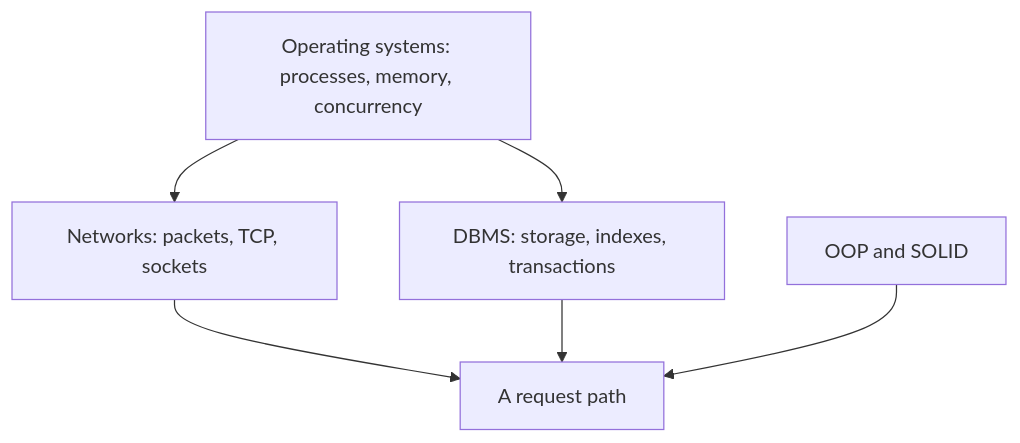
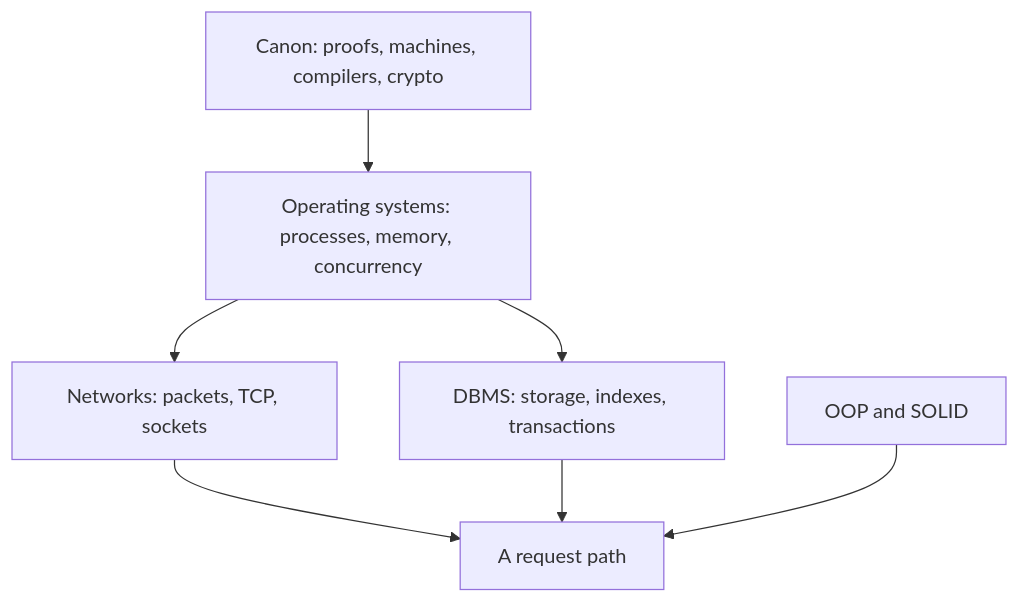
The diagram in 01-CS-Foundations/README.md (shreejitverma/SDE-Interview-Prep), drawn with Mermaid before and after one commit. The commit also changed other lines of this file and 20 other files, not shown here.

````diff
--- a/01-CS-Foundations/README.md
+++ b/01-CS-Foundations/README.md
@@ -14,8 +14,9 @@
 ```mermaid
 flowchart TD
-    OS["Operating systems: processes, memory, concurrency"] --> Net["Networks: packets, TCP, sockets"]
+    Canon["Canon: proofs, machines, compilers, crypto"] --> OS["Operating systems: processes, memory, concurrency"]
+    OS --> Net["Networks: packets, TCP, sockets"]
     OS --> DB["DBMS: storage, indexes, transactions"]
     Net --> App["A request path"]
     DB --> App
     OOP["OOP and SOLID"] --> App
 ```
````
